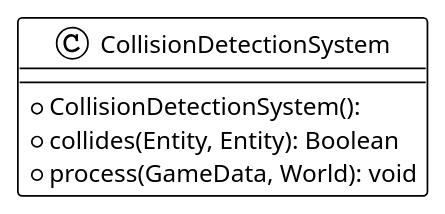
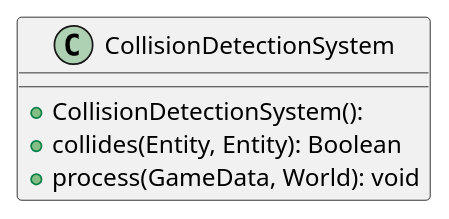
One commit to JfriisJ/SI4-KBS changed the diagram in MyAsteroidsGame/Docs/Class diagrams/Collision.plantuml. Above: the diagram before and after it, drawn with PlantUML. The commit also changed 60 other files, not shown here.

```diff
--- a/MyAsteroidsGame/Docs/Class diagrams/Collision.plantuml
+++ b/MyAsteroidsGame/Docs/Class diagrams/Collision.plantuml
@@ -1,13 +1,9 @@
 @startuml
-
-!theme plain
-top to bottom direction
-skinparam linetype ortho
 
 class CollisionDetectionSystem {
   + CollisionDetectionSystem(): 
   + collides(Entity, Entity): Boolean
   + process(GameData, World): void
 }
 
 @enduml
```
